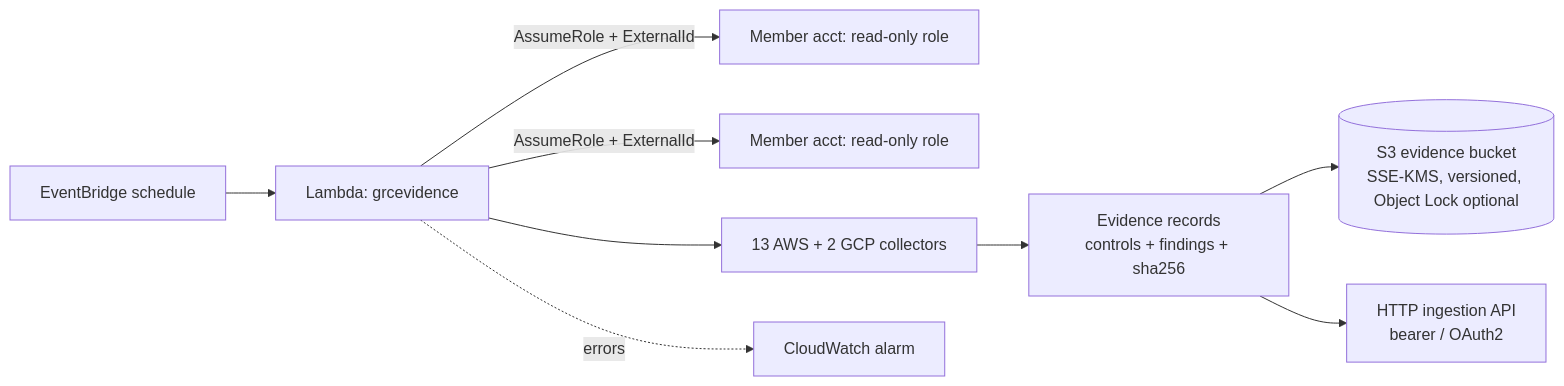
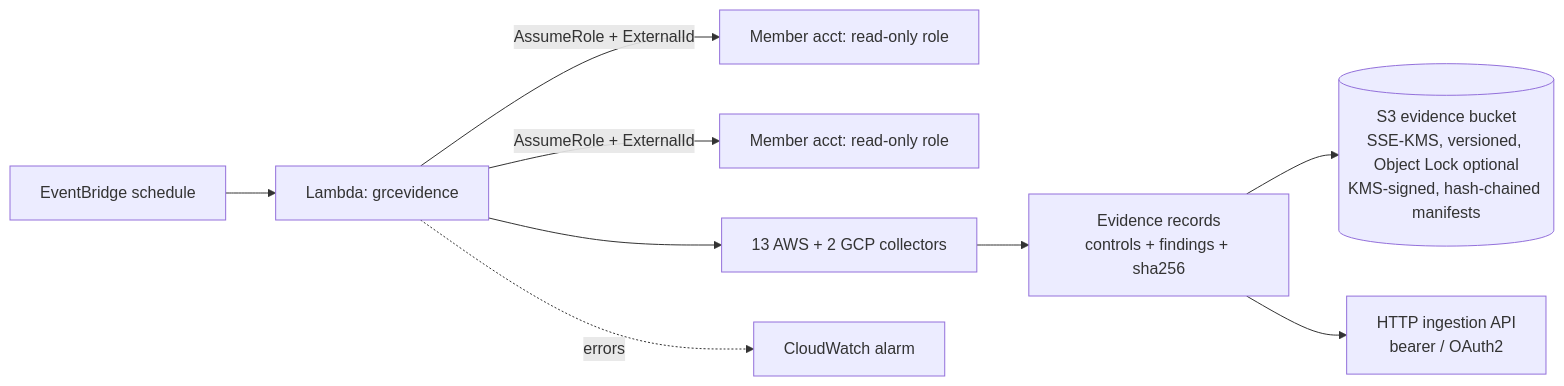
Before and after one commit to DustyStudy/grc-evidence-automation: the diagram in README.md, drawn with Mermaid. The commit also changed other lines of this file and 21 other files, not shown here.

First line of the commit message:
feat(integrity): KMS-signed, hash-chained run manifests (#36)

````diff
--- a/README.md
+++ b/README.md
@@ -15,11 +15,11 @@
 ```mermaid
 flowchart LR
   EB[EventBridge schedule] --> L[Lambda: grcevidence]
   L -->|AssumeRole + ExternalId| M1[Member acct: read-only role]
   L -->|AssumeRole + ExternalId| M2[Member acct: read-only role]
   L --> C[13 AWS + 2 GCP collectors]
   C --> E[Evidence records<br/>controls + findings + sha256]
-  E --> S3[(S3 evidence bucket<br/>SSE-KMS, versioned, Object Lock optional)]
+  E --> S3[(S3 evidence bucket<br/>SSE-KMS, versioned, Object Lock optional<br/>KMS-signed, hash-chained manifests)]
   E --> H[HTTP ingestion API<br/>bearer / OAuth2]
   L -. errors .-> A[CloudWatch alarm]
 ```
````
